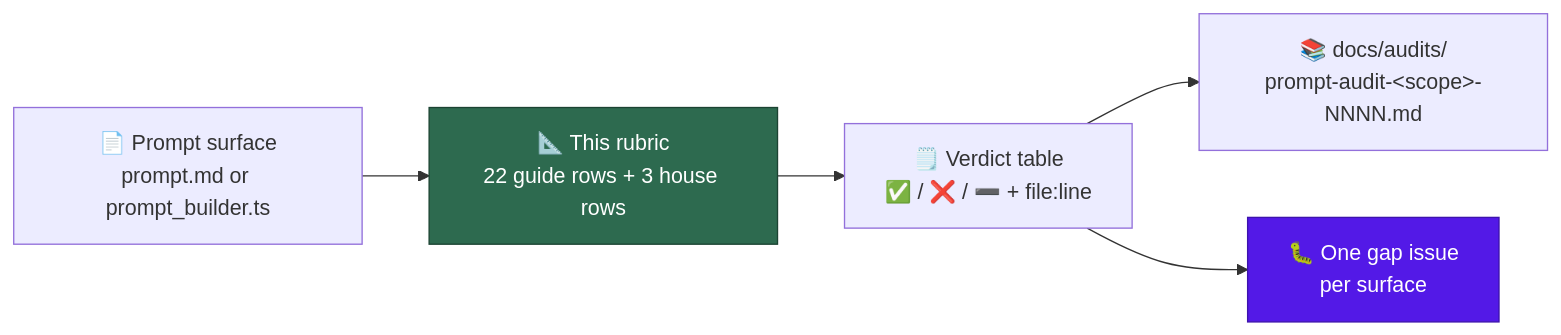
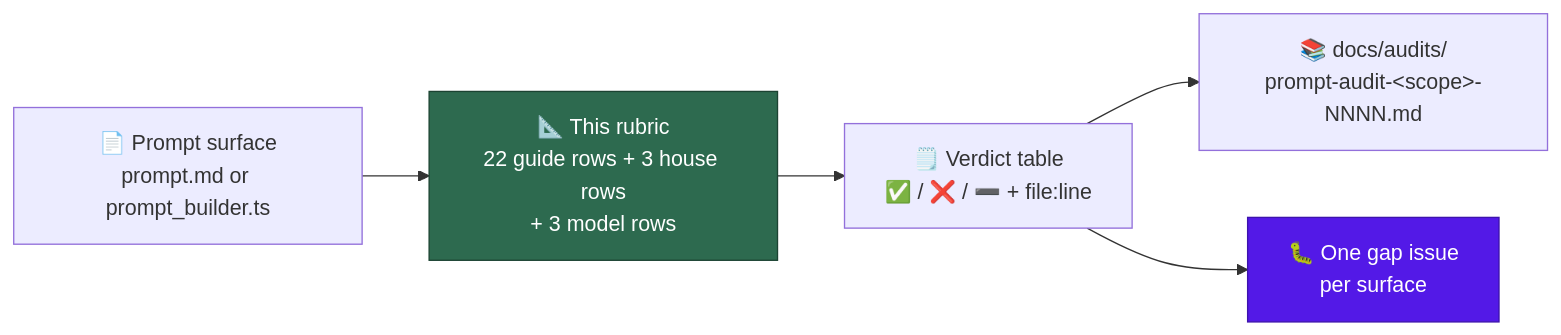
The diagram in docs/PROMPT-BEST-PRACTICES-CHECKLIST.md (stSoftwareAU/VibeCoder), drawn with Mermaid before and after one commit. The commit also changed other lines of this file and 12 other files, not shown here.

First line of the commit message:
De-shout the builder-injected prompt strings and add Opus 5/5.5 rubric rows (Issue #2576)

````diff
--- a/docs/PROMPT-BEST-PRACTICES-CHECKLIST.md
+++ b/docs/PROMPT-BEST-PRACTICES-CHECKLIST.md
@@ -15,9 +15,9 @@
 ```mermaid
 flowchart LR
-    S["📄 Prompt surface<br/>prompt.md or prompt_builder.ts"] --> R["📐 This rubric<br/>22 guide rows + 3 house rows"]
+    S["📄 Prompt surface<br/>prompt.md or prompt_builder.ts"] --> R["📐 This rubric<br/>22 guide rows + 3 house rows<br/>+ 3 model rows"]
     R --> V["🗒️ Verdict table<br/>✅ / ❌ / ➖ + file:line"]
     V --> A["📚 docs/audits/<br/>prompt-audit-&lt;scope&gt;-NNNN.md"]
     V --> G["🐛 One gap issue<br/>per surface"]
     style R fill:#2d6a4f,stroke:#1b4332,color:#fff
     style G fill:#5319e7,stroke:#3d13ad,color:#fff
 ```
````
